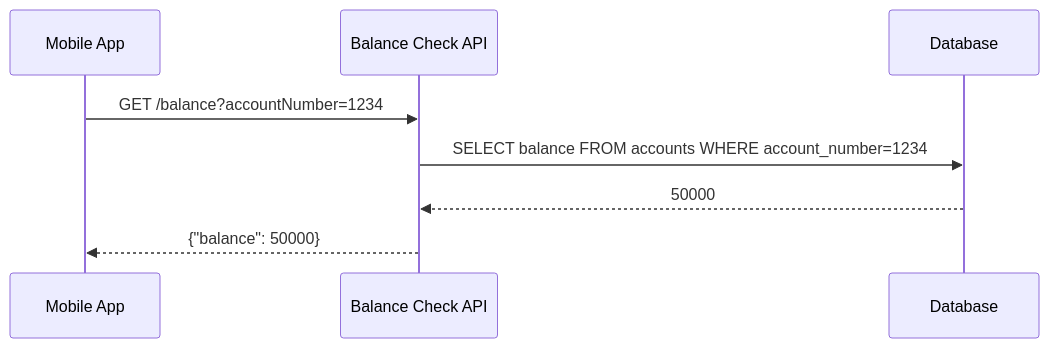
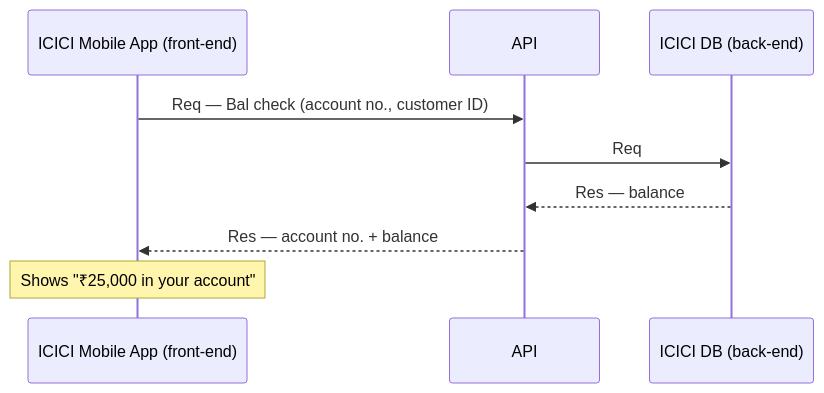
The second of 8 diagrams in detailed-notes/day02.md (developerashok99/green-c-mule-notes), drawn with Mermaid before and after one commit. The commit also changed other lines of this file and 3 other files, not shown here.

````diff
--- a/detailed-notes/day02.md
+++ b/detailed-notes/day02.md
@@ -20,11 +23,12 @@
 ```mermaid
 sequenceDiagram
-    participant Mobile as Mobile App
-    participant API as Balance Check API
-    participant DB as Database
+    participant MA as ICICI Mobile App (front-end)
+    participant API as API
+    participant DB as ICICI DB (back-end)
 
-    Mobile->>API: GET /balance?accountNumber=1234
-    API->>DB: SELECT balance FROM accounts WHERE account_number=1234
-    DB-->>API: 50000
-    API-->>Mobile: {"balance": 50000}
+    MA->>API: Req — Bal check (account no., customer ID)
+    API->>DB: Req
+    DB-->>API: Res — balance
+    API-->>MA: Res — account no. + balance
+    Note over MA: Shows "₹25,000 in your account"
 ```
````
